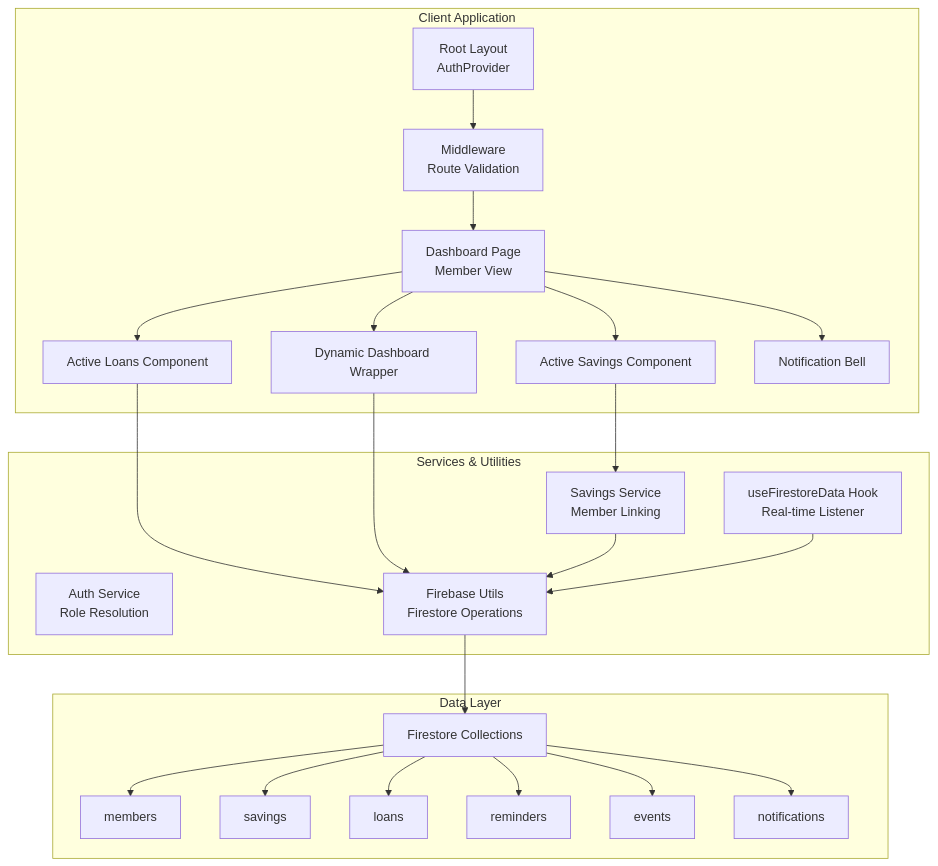
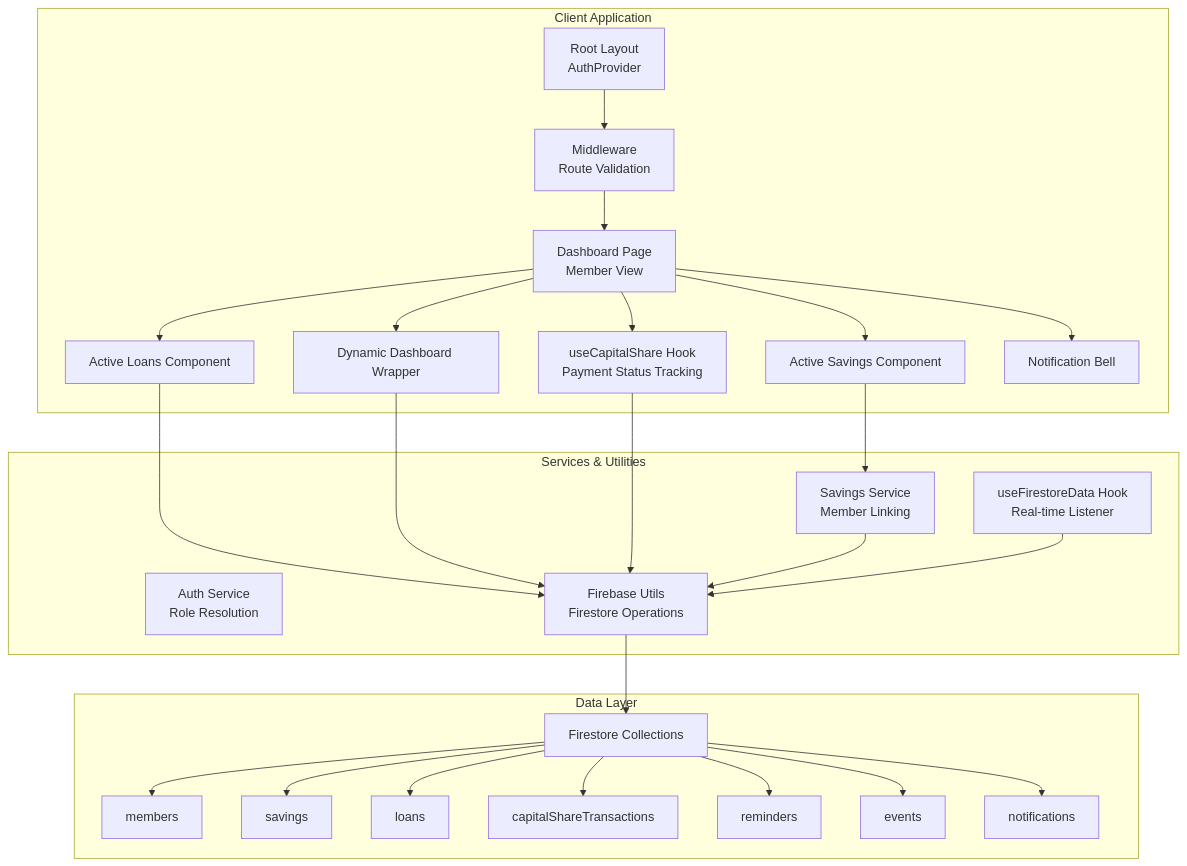
The first of 9 diagrams in .qoder/repowiki/en/content/Dashboard System Architecture/Member Dashboard Interface/Member Dashboard Interface.md (Unsure-bry/sampacoop_system), drawn with Mermaid before and after one commit. The commit also changed other lines of this file and 9 other files, not shown here.

````diff
--- a/.qoder/repowiki/en/content/Dashboard System Architecture/Member Dashboard Interface/Member Dashboard Interface.md
+++ b/.qoder/repowiki/en/content/Dashboard System Architecture/Member Dashboard Interface/Member Dashboard Interface.md
@@ -42,45 +51,50 @@
 ```mermaid
 graph TB
 subgraph "Client Application"
 Layout["Root Layout<br/>AuthProvider"]
 Middleware["Middleware<br/>Route Validation"]
 DashboardPage["Dashboard Page<br/>Member View"]
 DynamicWrapper["Dynamic Dashboard Wrapper"]
 ActiveLoans["Active Loans Component"]
 ActiveSavings["Active Savings Component"]
+CapitalShareHook["useCapitalShare Hook<br/>Payment Status Tracking"]
 NotificationBell["Notification Bell"]
 end
 subgraph "Services & Utilities"
 Auth["Auth Service<br/>Role Resolution"]
 Firebase["Firebase Utils<br/>Firestore Operations"]
 SavingsSvc["Savings Service<br/>Member Linking"]
 HookFS["useFirestoreData Hook<br/>Real-time Listener"]
 end
 subgraph "Data Layer"
 Firestore["Firestore Collections"]
 Members["members"]
 Savings["savings"]
 Loans["loans"]
+CapitalShare["capitalShareTransactions"]
 Reminders["reminders"]
 Events["events"]
 Notifications["notifications"]
 end
 Layout --> Middleware
 Middleware --> DashboardPage
 DashboardPage --> DynamicWrapper
 DashboardPage --> ActiveSavings
 DashboardPage --> ActiveLoans
+DashboardPage --> CapitalShareHook
 DashboardPage --> NotificationBell
 ActiveSavings --> SavingsSvc
 ActiveLoans --> Firebase
 DynamicWrapper --> Firebase
+CapitalShareHook --> Firebase
 SavingsSvc --> Firebase
 HookFS --> Firebase
 Firebase --> Firestore
 Firestore --> Members
 Firestore --> Savings
 Firestore --> Loans
+Firestore --> CapitalShare
 Firestore --> Reminders
 Firestore --> Events
 Firestore --> Notifications
 ```
````
